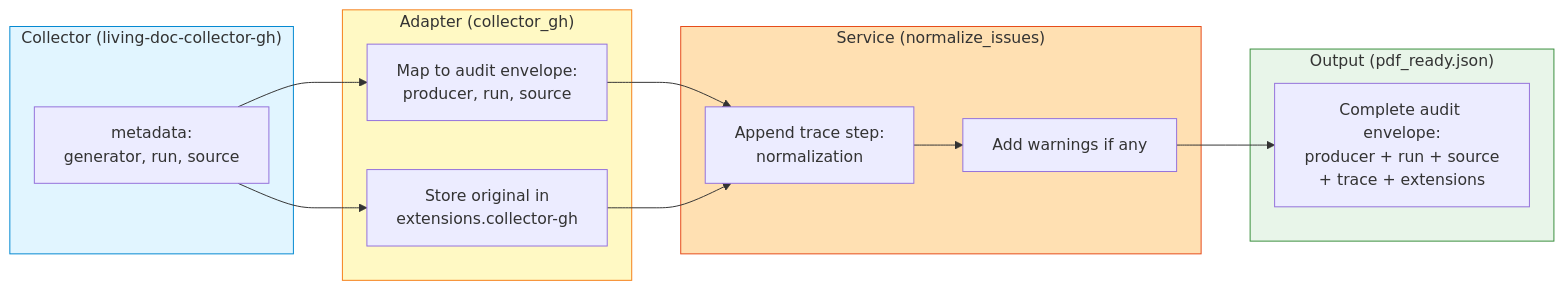
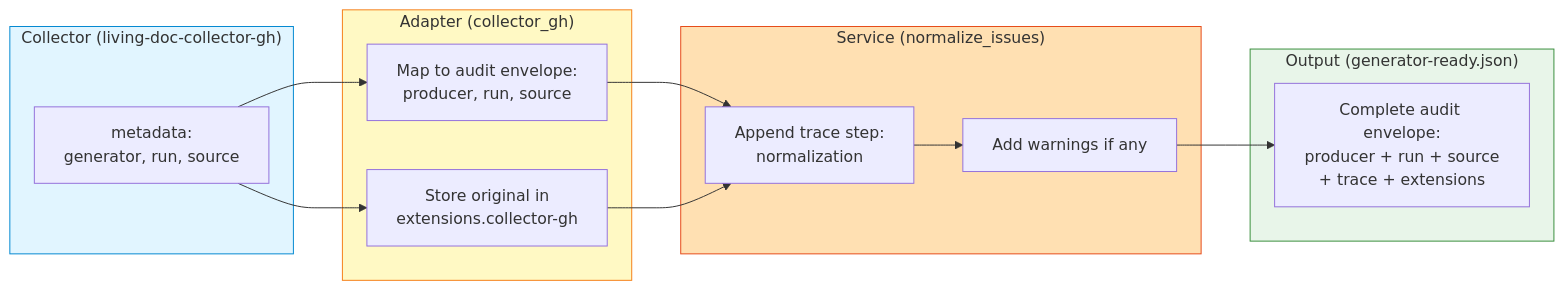
The eighth of 11 diagrams in docs/architecture.md (AbsaOSS/living-doc-toolkit), drawn with Mermaid before and after one commit. The commit also changed other lines of this file and 63 other files, not shown here.

First line of the commit message:
#60: Rename canonical artifact/schema/package to generator-ready (#66)

````diff
--- a/docs/architecture.md
+++ b/docs/architecture.md
@@ -387,32 +387,32 @@
 ```mermaid
 flowchart LR
     subgraph Collector["Collector (living-doc-collector-gh)"]
         CollectorMeta[metadata:<br/>generator, run, source]
     end
     
     subgraph Adapter["Adapter (collector_gh)"]
         AdapterMapping[Map to audit envelope:<br/>producer, run, source]
         AdapterExt[Store original in<br/>extensions.collector-gh]
     end
     
     subgraph Service["Service (normalize_issues)"]
         ServiceTrace[Append trace step:<br/>normalization]
         ServiceWarnings[Add warnings if any]
     end
     
-    subgraph Output["Output (pdf_ready.json)"]
+    subgraph Output["Output (generator-ready.json)"]
         OutputAudit[Complete audit envelope:<br/>producer + run + source<br/>+ trace + extensions]
     end
     
     CollectorMeta --> AdapterMapping
     CollectorMeta --> AdapterExt
     AdapterMapping --> ServiceTrace
     AdapterExt --> ServiceTrace
     ServiceTrace --> ServiceWarnings
     ServiceWarnings --> OutputAudit
     
     style Collector fill:#e1f5ff,stroke:#0288d1
     style Adapter fill:#fff9c4,stroke:#f57f17
     style Service fill:#ffe0b2,stroke:#e64a19
     style Output fill:#e8f5e9,stroke:#388e3c
 ```
````
